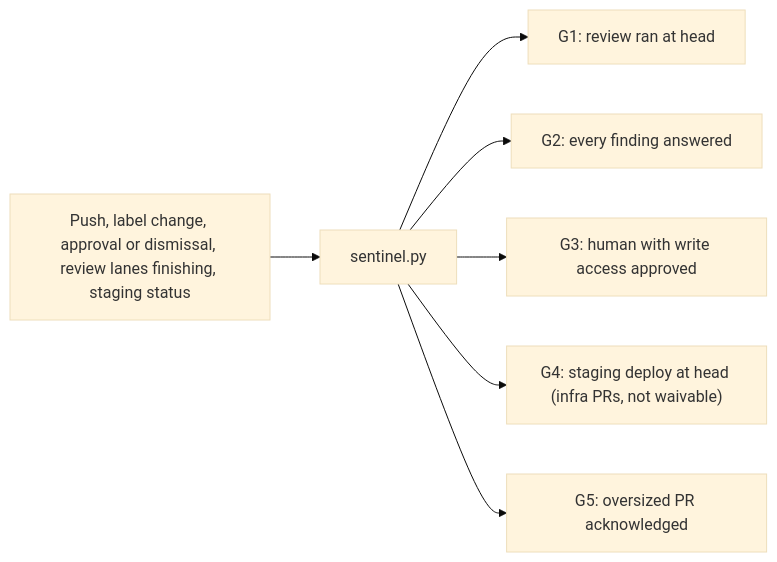
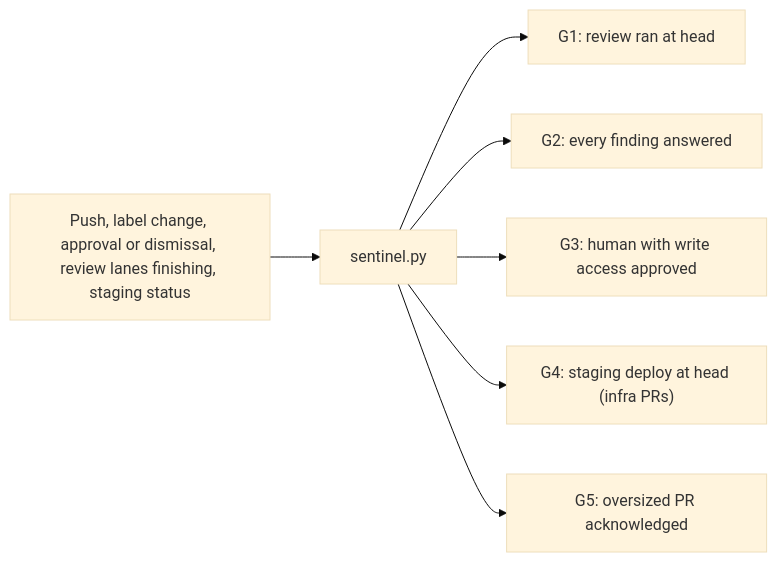
Before and after one commit to pulumi/docs: the seventh of 9 diagrams in BUILD-AND-DEPLOY.md, drawn with Mermaid (base theme). The commit also changed other lines of this file and 14 other files, not shown here.

````diff
--- a/BUILD-AND-DEPLOY.md
+++ b/BUILD-AND-DEPLOY.md
@@ -1333,9 +1333,9 @@
 ```mermaid
 flowchart LR
   EV["`Push, label change, approval or dismissal, review lanes finishing, staging status`"] --> SE["`sentinel.py`"]
   SE --> G1["`G1: review ran at head`"]
   SE --> G2["`G2: every finding answered`"]
   SE --> G3["`G3: human with write access approved`"]
-  SE --> G4["`G4: staging deploy at head (infra PRs, not waivable)`"]
+  SE --> G4["`G4: staging deploy at head (infra PRs)`"]
   SE --> G5["`G5: oversized PR acknowledged`"]
 ```
````
